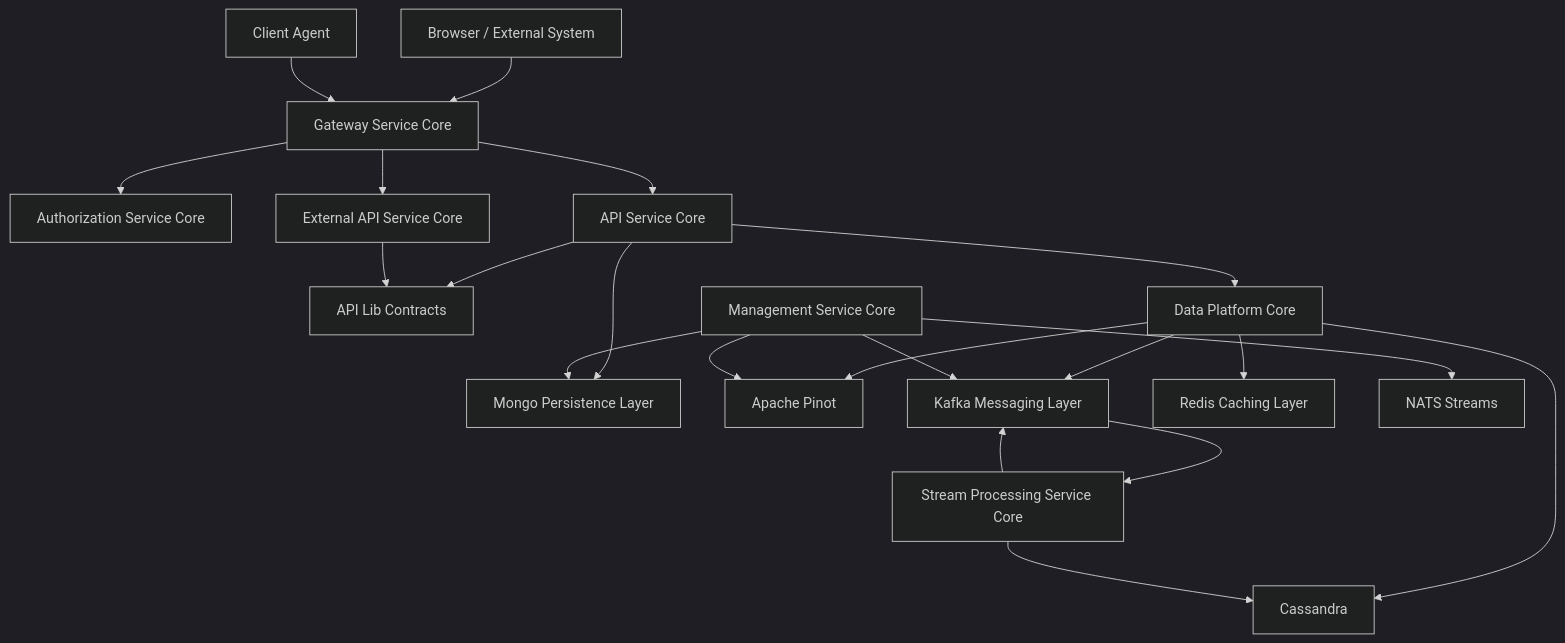
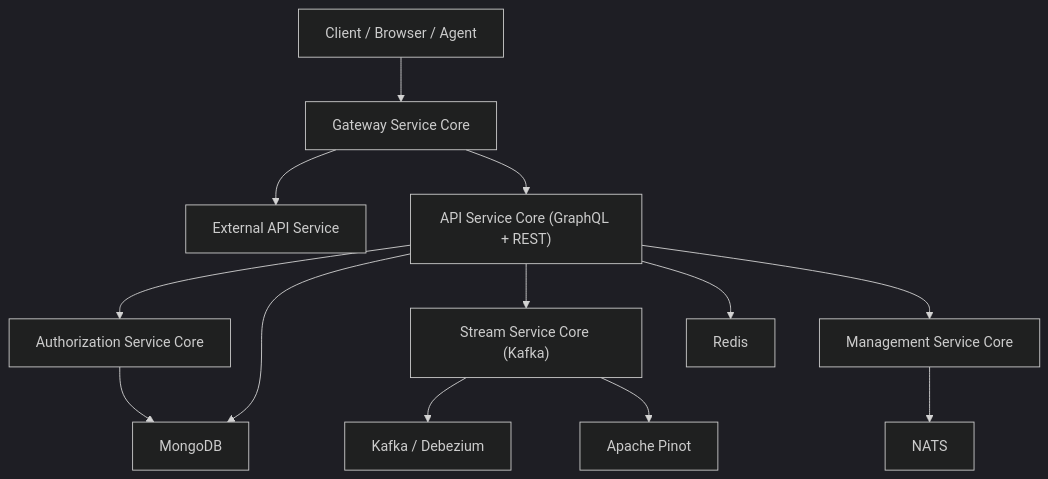
Before and after one commit to flamingo-stack/openframe-oss-lib: the first of 2 diagrams in docs/getting-started/introduction.md, drawn with Mermaid (dark theme). The commit also changed other lines of this file and 1819 other files, not shown here.

````diff
--- a/docs/getting-started/introduction.md
+++ b/docs/getting-started/introduction.md
@@ -54,29 +58,17 @@
 ```mermaid
 flowchart TD
-    Client["Browser / External System"] --> Gateway["Gateway Service Core"]
-    Agent["Client Agent"] --> Gateway
+    Client["Client / Browser / Agent"] --> Gateway["Gateway Service Core"]
+    Gateway --> ExternalAPI["External API Service"]
+    Gateway --> ApiCore["API Service Core (GraphQL + REST)"]
 
-    Gateway --> Auth["Authorization Service Core"]
-    Gateway --> Api["API Service Core"]
-    Gateway --> External["External API Service Core"]
+    ApiCore --> Authz["Authorization Service Core"]
+    ApiCore --> Stream["Stream Service Core (Kafka)"]
+    ApiCore --> Management["Management Service Core"]
 
-    Api --> Contracts["API Lib Contracts"]
-    External --> Contracts
-
-    Api --> Mongo["Mongo Persistence Layer"]
-    Api --> DataCore["Data Platform Core"]
-
-    DataCore --> Cassandra["Cassandra"]
-    DataCore --> Pinot["Apache Pinot"]
-    DataCore --> Kafka["Kafka Messaging Layer"]
-    DataCore --> Redis["Redis Caching Layer"]
-
-    Kafka --> Stream["Stream Processing Service Core"]
-    Stream --> Cassandra
-    Stream --> Kafka
-
-    Management["Management Service Core"] --> Kafka
-    Management --> Pinot
-    Management --> Mongo
-    Management --> NATS["NATS Streams"]
+    Authz --> Mongo["MongoDB"]
+    ApiCore --> Mongo
+    Stream --> Kafka["Kafka / Debezium"]
+    Stream --> Pinot["Apache Pinot"]
+    ApiCore --> Redis["Redis"]
+    Management --> NATS["NATS"]
 ```
````
